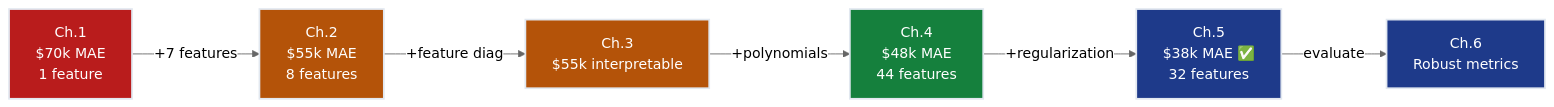
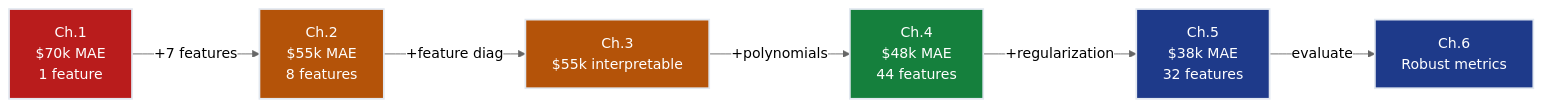
One commit to dsgouda7/ai-portfolio changed the fourth of 4 diagrams in notes/01-ml/01-regression/ch05_regularization/README.md. Above: the diagram before and after it, drawn with Mermaid (neutral theme). The commit also changed other lines of this file and 179 other files, not shown here.

````diff
--- a/notes/01-ml/01-regression/ch05_regularization/README.md
+++ b/notes/01-ml/01-regression/ch05_regularization/README.md
@@ -465,15 +461,15 @@
 ```mermaid
 flowchart LR
-    CH1["Ch.1<br/>$70k MAE<br/>1 feature"] -->|"+7 features"| CH2["Ch.2<br/>$55k MAE<br/>8 features"]
-    CH2 -->|"+feature diag"| CH3["Ch.3<br/>$55k interpretable"]
-    CH3 -->|"+polynomials"| CH4["Ch.4<br/>$48k MAE<br/>44 features"]
-    CH4 -->|"+regularization"| CH5["Ch.5<br/>$38k MAE ✅<br/>32 features"]
-    CH5 -->|"evaluate"| CH6["Ch.6<br/>Robust metrics"]
-    
-    style CH1 fill:#b91c1c,stroke:#e2e8f0,stroke-width:2px,color:#ffffff
-    style CH2 fill:#b45309,stroke:#e2e8f0,stroke-width:2px,color:#ffffff
-    style CH3 fill:#b45309,stroke:#e2e8f0,stroke-width:2px,color:#ffffff
-    style CH4 fill:#15803d,stroke:#e2e8f0,stroke-width:2px,color:#ffffff
-    style CH5 fill:#1e3a8a,stroke:#e2e8f0,stroke-width:2px,color:#ffffff
-    style CH6 fill:#1e3a8a,stroke:#e2e8f0,stroke-width:2px,color:#ffffff
+ CH1["Ch.1<br/>$70k MAE<br/>1 feature"] -->|"+7 features"| CH2["Ch.2<br/>$55k MAE<br/>8 features"]
+ CH2 -->|"+feature diag"| CH3["Ch.3<br/>$55k interpretable"]
+ CH3 -->|"+polynomials"| CH4["Ch.4<br/>$48k MAE<br/>44 features"]
+ CH4 -->|"+regularization"| CH5["Ch.5<br/>$38k MAE <br/>32 features"]
+ CH5 -->|"evaluate"| CH6["Ch.6<br/>Robust metrics"]
+
+ style CH1 fill:#b91c1c,stroke:#e2e8f0,stroke-width:2px,color:#ffffff
+ style CH2 fill:#b45309,stroke:#e2e8f0,stroke-width:2px,color:#ffffff
+ style CH3 fill:#b45309,stroke:#e2e8f0,stroke-width:2px,color:#ffffff
+ style CH4 fill:#15803d,stroke:#e2e8f0,stroke-width:2px,color:#ffffff
+ style CH5 fill:#1e3a8a,stroke:#e2e8f0,stroke-width:2px,color:#ffffff
+ style CH6 fill:#1e3a8a,stroke:#e2e8f0,stroke-width:2px,color:#ffffff
 ```
````
